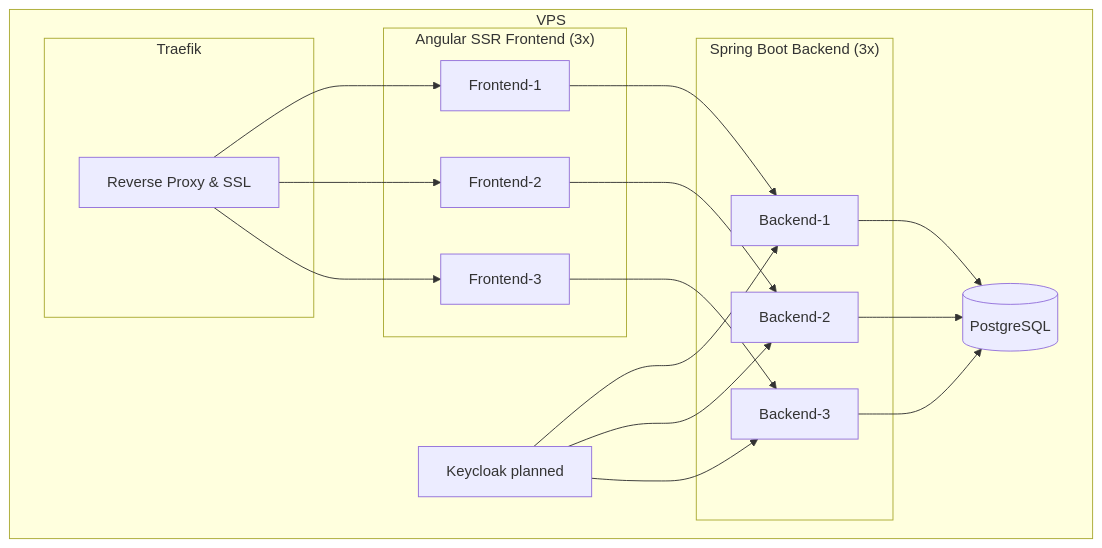
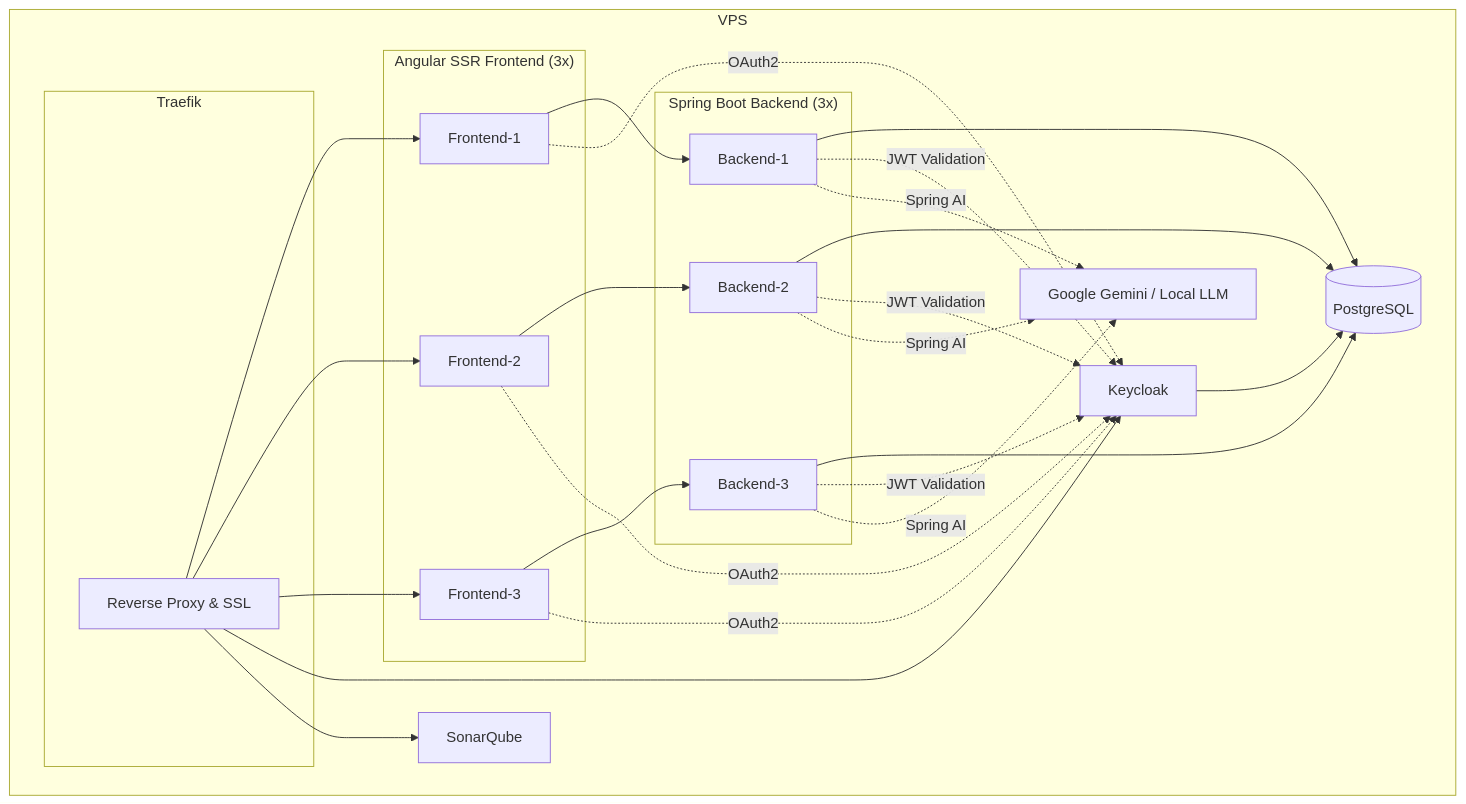
Before and after one commit to MichaelJGKopp/mkopp.dev: the diagram in README.md, drawn with Mermaid. The commit also changed other lines of this file and 12 other files, not shown here.

````diff
--- a/README.md
+++ b/README.md
@@ -37,33 +43,44 @@
 ```mermaid
 flowchart TD
   subgraph VPS
     subgraph Traefik
       T[Reverse Proxy & SSL]
     end
     subgraph FrontendCluster ["Angular SSR Frontend (3x)"]
       F1[Frontend-1]
       F2[Frontend-2]
       F3[Frontend-3]
     end
     subgraph BackendCluster ["Spring Boot Backend (3x)"]
       B1[Backend-1]
       B2[Backend-2]
       B3[Backend-3]
     end
     DB[(PostgreSQL)]
-    KC[Keycloak planned]
+    KC[Keycloak]
+    SQ[SonarQube]
+    AI[Google Gemini / Local LLM]
   end
 
 T --> F1
 T --> F2
 T --> F3
+T --> KC
+T --> SQ
 F1 --> B1
 F2 --> B2
 F3 --> B3
+F1 -.OAuth2.-> KC
+F2 -.OAuth2.-> KC
+F3 -.OAuth2.-> KC
 B1 --> DB
 B2 --> DB
 B3 --> DB
-KC --> B1
-KC --> B2
-KC --> B3
+B1 -.JWT Validation.-> KC
+B2 -.JWT Validation.-> KC
+B3 -.JWT Validation.-> KC
+B1 -.Spring AI.-> AI
+B2 -.Spring AI.-> AI
+B3 -.Spring AI.-> AI
+KC --> DB
 ```
````
